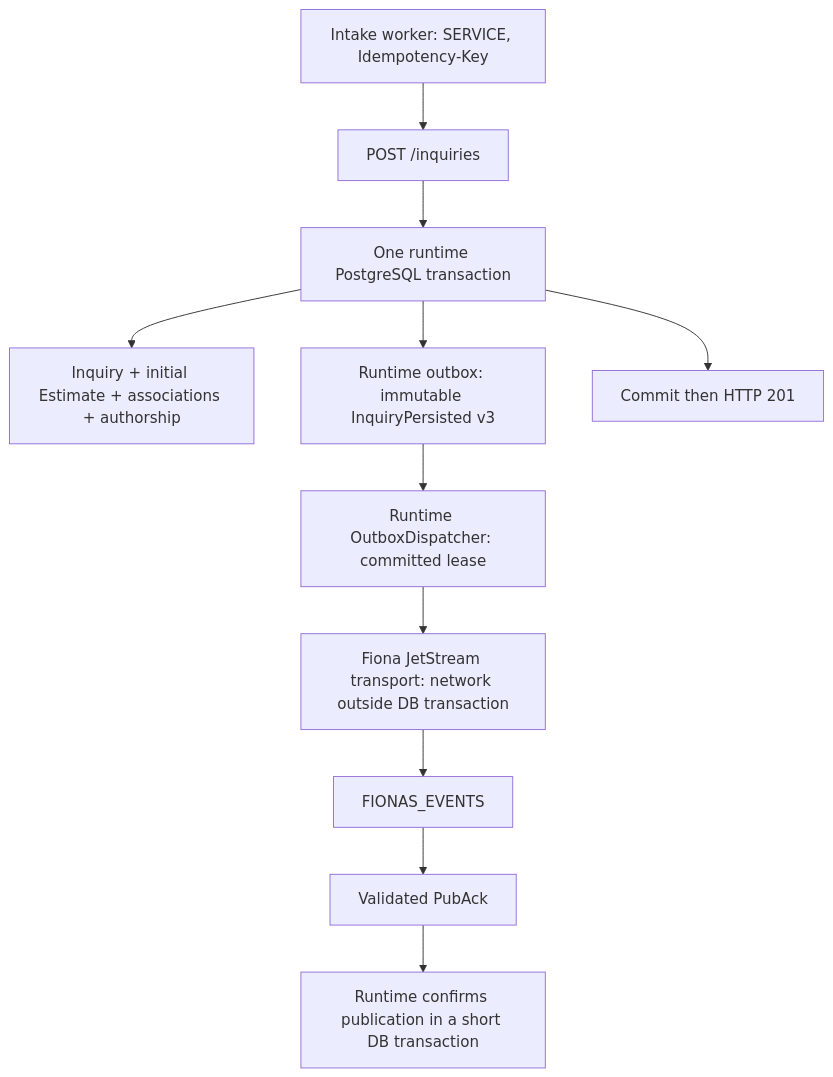
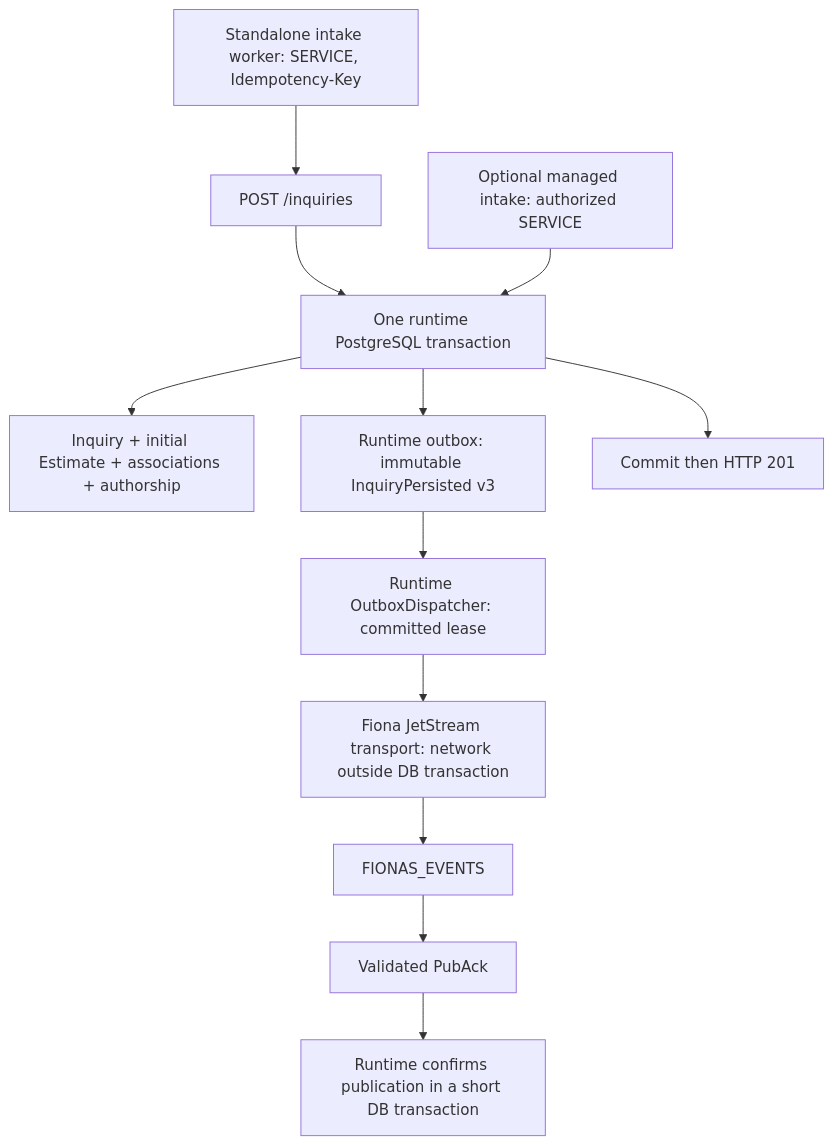
Before and after one commit to castab/fionas-commerce: the diagram in docs/inquiry-outbox.md, drawn with Mermaid. The commit also changed other lines of this file and 25 other files, not shown here.

Commit message:
Integrate managed JetStream inquiry intake and targeted recovery

````diff
--- a/docs/inquiry-outbox.md
+++ b/docs/inquiry-outbox.md
@@ -11,13 +12,14 @@
 ```mermaid
 flowchart TD
-  Worker[Intake worker: SERVICE, Idempotency-Key] --> HTTP[POST /inquiries]
+  Worker[Standalone intake worker: SERVICE, Idempotency-Key] --> HTTP[POST /inquiries]
   HTTP --> Tx[One runtime PostgreSQL transaction]
+  Integrated[Optional managed intake: authorized SERVICE] --> Tx
   Tx --> Facts[Inquiry + initial Estimate + associations + authorship]
   Tx --> Event[Runtime outbox: immutable InquiryPersisted v3]
   Tx --> Receipt[Commit then HTTP 201]
   Event --> Dispatcher[Runtime OutboxDispatcher: committed lease]
   Dispatcher --> Adapter[Fiona JetStream transport: network outside DB transaction]
   Adapter --> Stream[FIONAS_EVENTS]
   Stream --> Ack[Validated PubAck]
   Ack --> Confirm[Runtime confirms publication in a short DB transaction]
 ```
````
